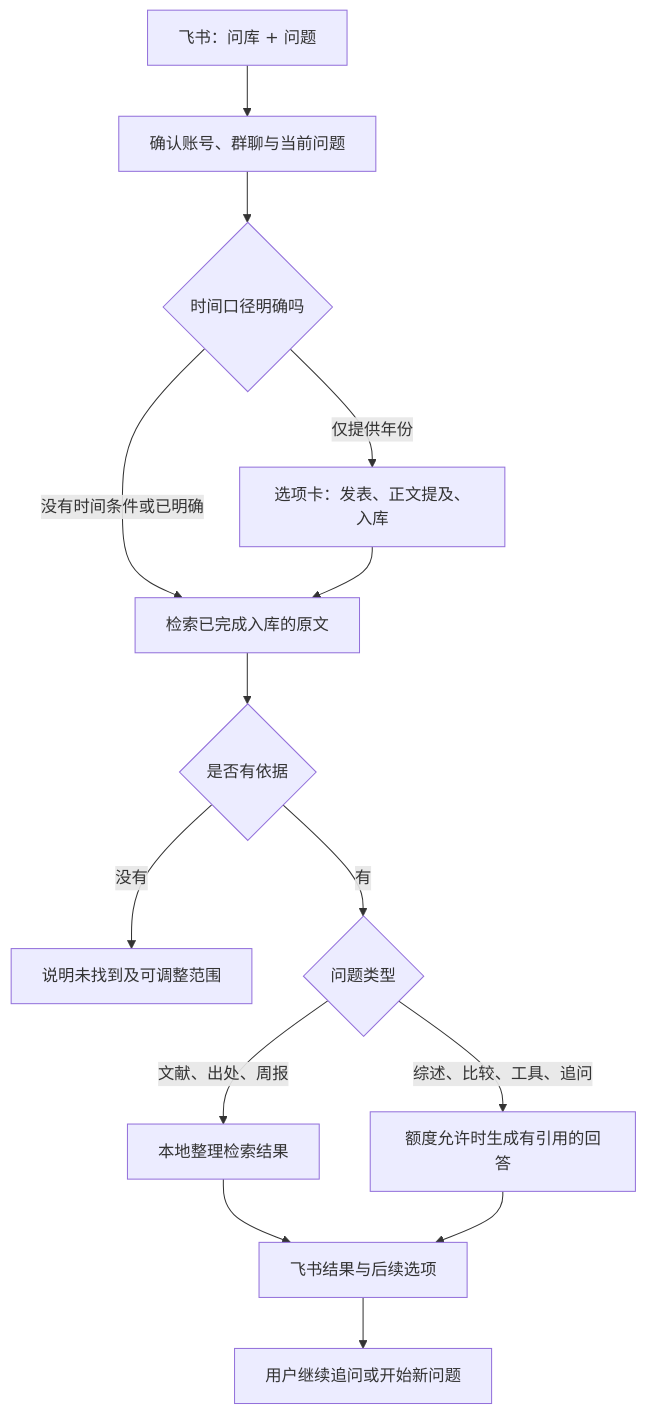
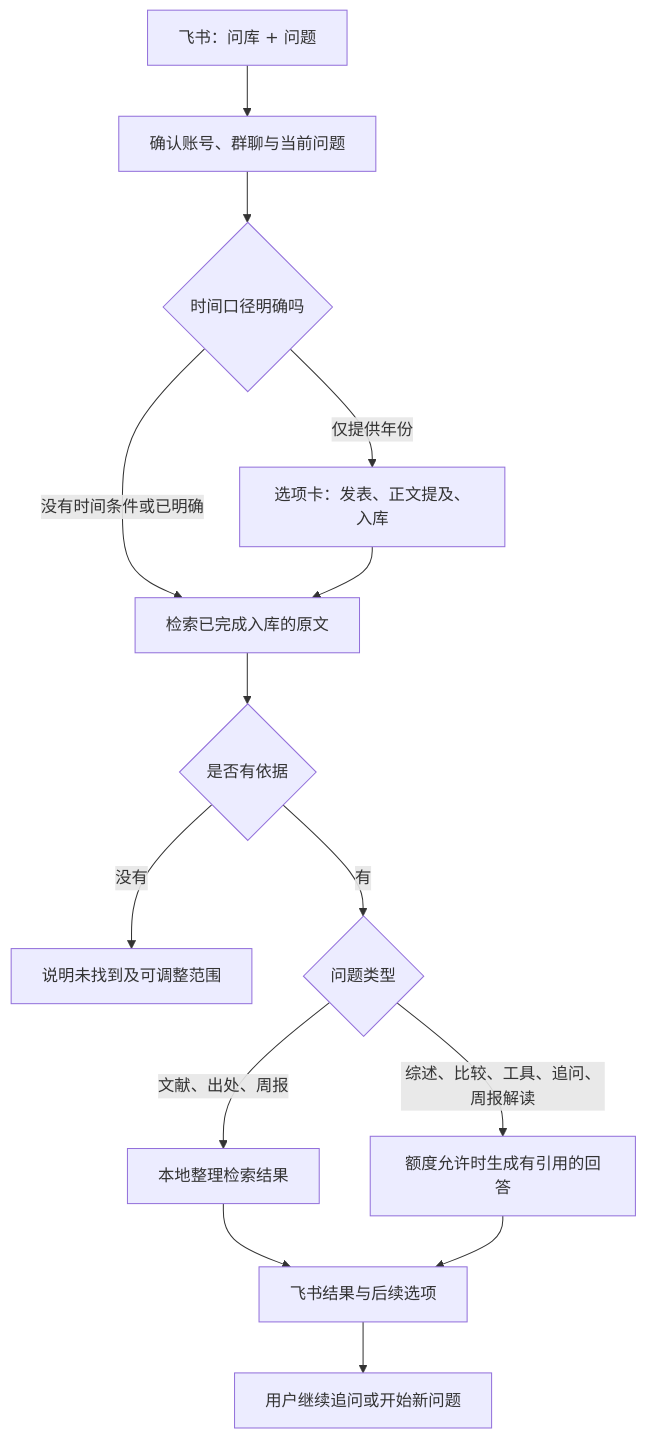
The diagram in docs/knowledge-qa.md (Cdada/feishu-reading-kb), drawn with Mermaid before and after one commit. The commit also changed other lines of this file and 12 other files, not shown here.

````diff
--- a/docs/knowledge-qa.md
+++ b/docs/knowledge-qa.md
@@ -5,16 +5,16 @@
 ```mermaid
 flowchart TD
     A[飞书：问库 + 问题] --> B[确认账号、群聊与当前问题]
     B --> T{时间口径明确吗}
     T -->|没有时间条件或已明确| C[检索已完成入库的原文]
     T -->|仅提供年份| U[选项卡：发表、正文提及、入库]
     U --> C
     C --> D{是否有依据}
     D -->|没有| E[说明未找到及可调整范围]
     D -->|有| F{问题类型}
     F -->|文献、出处、周报| G[本地整理检索结果]
-    F -->|综述、比较、工具、追问| H[额度允许时生成有引用的回答]
+    F -->|综述、比较、工具、追问、周报解读| H[额度允许时生成有引用的回答]
     G --> I[飞书结果与后续选项]
     H --> I
     I --> J[用户继续追问或开始新问题]
 ```
````
